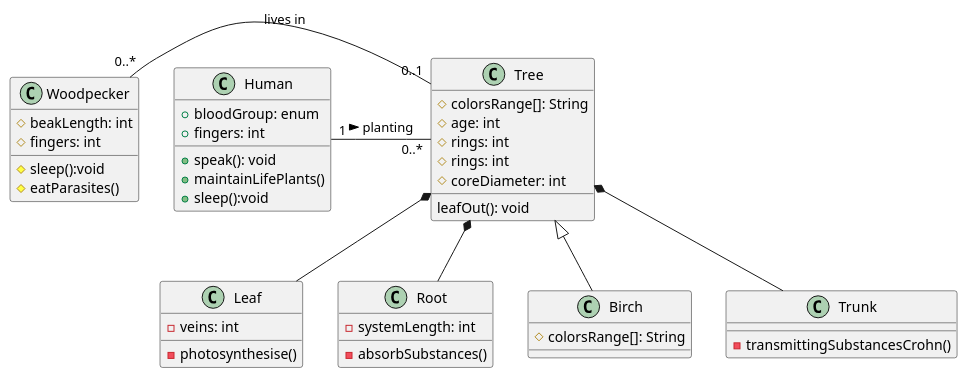
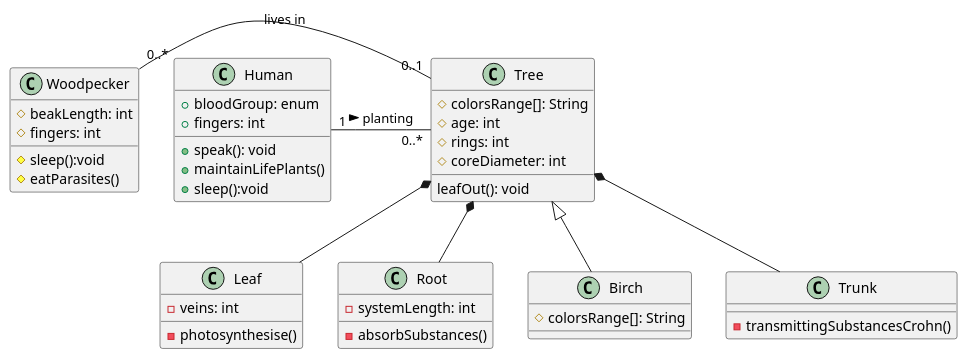
The diagram in class_diag.iuml (denmaloyreb/netology), drawn with PlantUML before and after one commit. The commit also changed 1 other file, not shown here.

Commit message:
Change diagram

```diff
--- a/class_diag.iuml
+++ b/class_diag.iuml
@@ -1,52 +1,51 @@
 @startuml
 class           Tree {
   # colorsRange[]: String
   # age: int
-  # rings: int
   # rings: int
   # coreDiameter: int
   leafOut(): void
 }
 class           Human {
   + bloodGroup: enum
   + fingers: int
   + speak(): void
   + maintainLifePlants()
   + sleep():void
 }
 
 class           Leaf{
   - veins: int
   - photosynthesise()
 }
 
 class           Root{
   - systemLength: int
   - absorbSubstances()
 }
 
 class           Birch{
   # colorsRange[]: String
 
 }
 
 class           Trunk {
   - transmittingSubstancesCrohn()
 
 }
 
 class           Woodpecker {
   # beakLength: int
   # fingers: int
   # sleep():void
   # eatParasites()
 }
 
 
 Tree <|-- Birch
 Tree *-- Trunk
 Tree *-- Root
 Tree *-- Leaf
 Woodpecker "0..*" - "0..1" Tree: lives in
 Human "1" - "0..*" Tree: planting >
 @enduml
```
